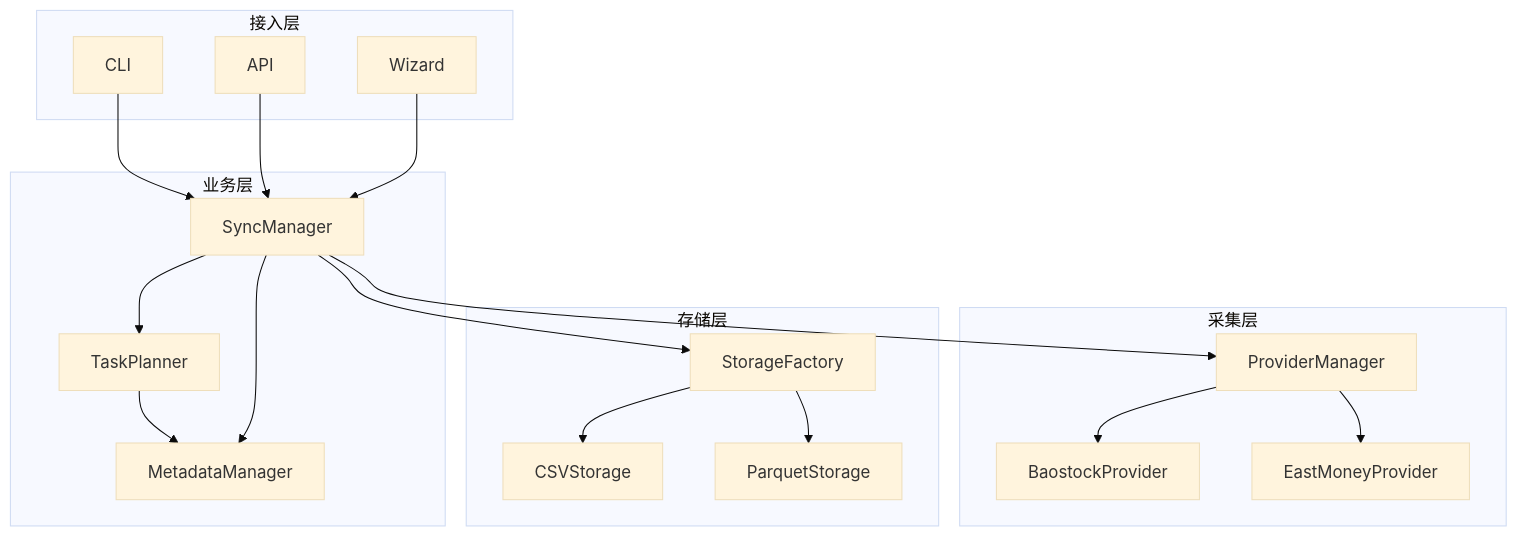
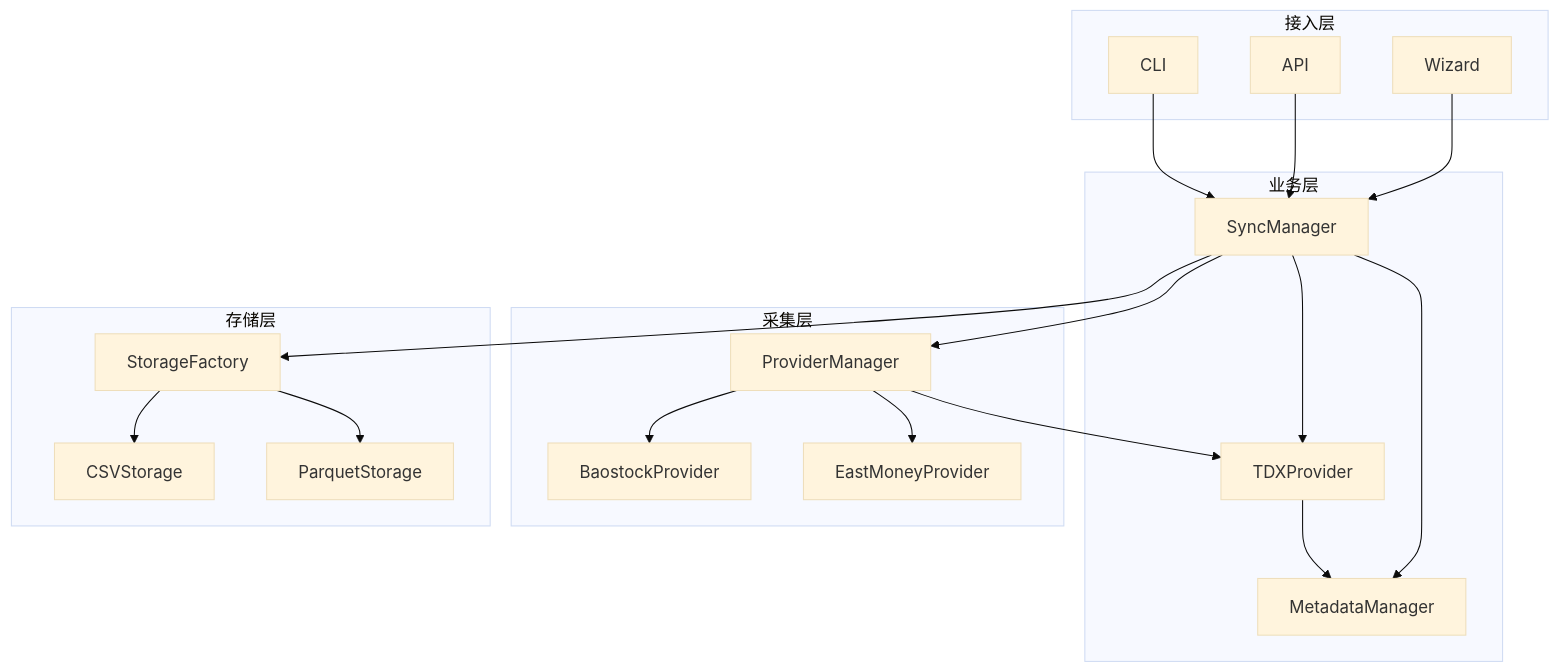
Before and after one commit to CRThu/CarrotQuant.Data: the diagram in README.md, drawn with Mermaid (base theme). The commit also changed other lines of this file and 10 other files, not shown here.

````diff
--- a/README.md
+++ b/README.md
@@ -41,40 +42,42 @@
 ```mermaid
 graph TB
     subgraph Gateway["接入层"]
         CLI["CLI"]
         API["API"]
         WIZARD["Wizard"]
     end
 
     subgraph Service["业务层"]
         SM["SyncManager"]
         TP["TaskPlanner"]
         MM["MetadataManager"]
     end
 
     subgraph Provider["采集层"]
         PM["ProviderManager"]
         BP["BaostockProvider"]
         EP["EastMoneyProvider"]
+        TP["TDXProvider"]
     end
 
     subgraph Storage["存储层"]
         SF["StorageFactory"]
         CSV["CSVStorage"]
         PQ["ParquetStorage"]
     end
 
     CLI --> SM
     API --> SM
     WIZARD --> SM
 
     SM --> TP
     SM --> PM
     SM --> SF
     TP --> MM
     SM --> MM
     PM --> BP
     PM --> EP
+    PM --> TP
     SF --> CSV
     SF --> PQ
 ```
````
